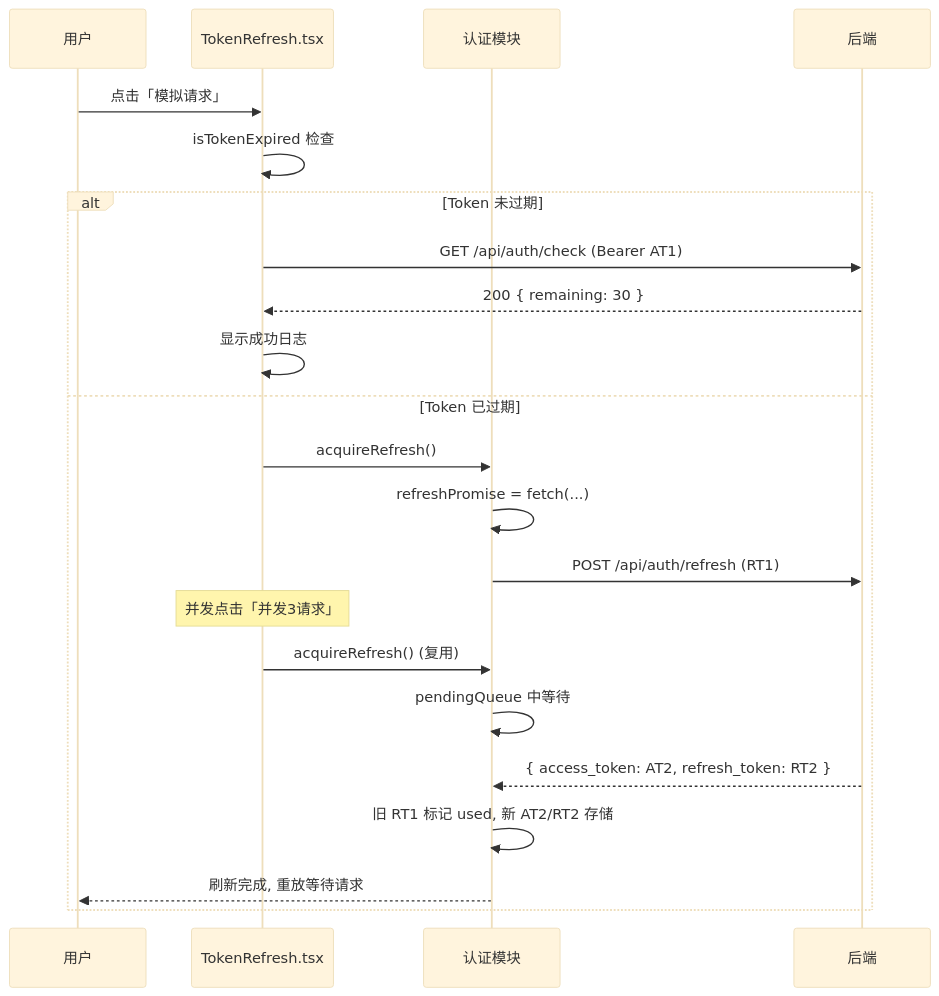
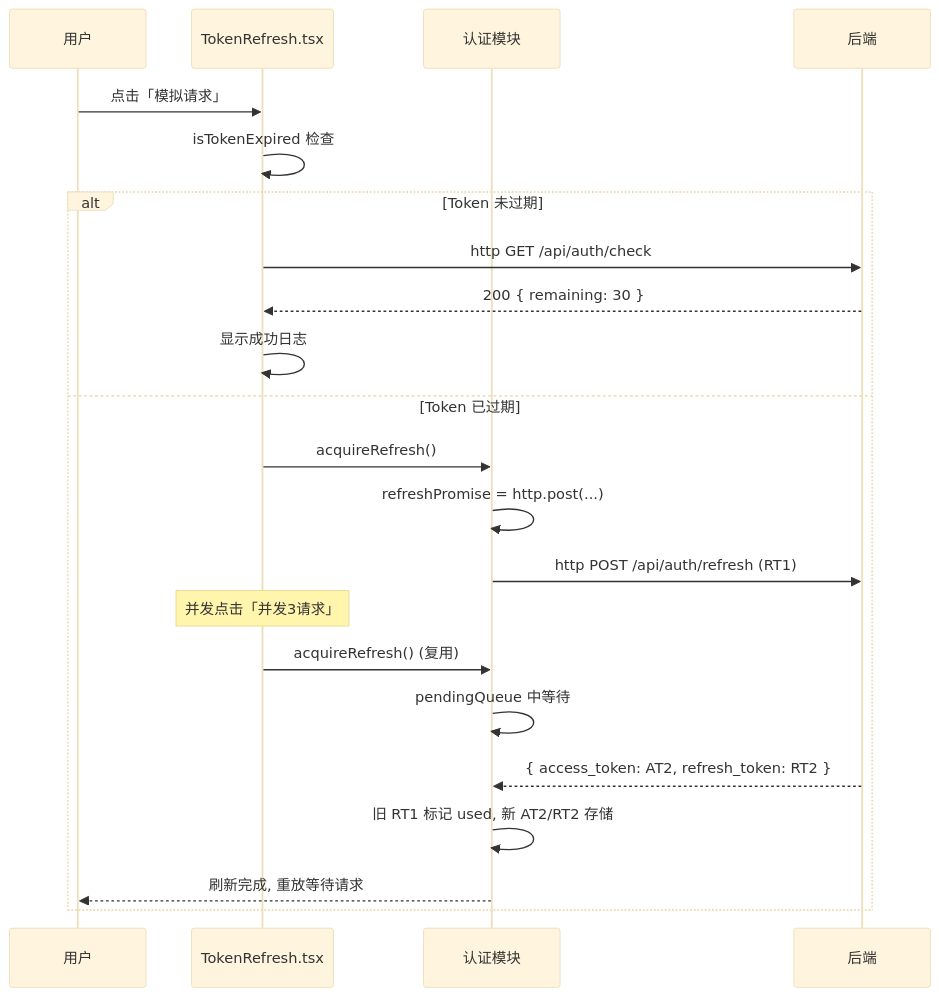
Before and after one commit to KMaybe01/interview-demo: diagram 17 of 46 in docs/面试亮点.md, drawn with Mermaid (base theme). The commit also changed other lines of this file and 42 other files, not shown here.

````diff
--- a/docs/面试亮点.md
+++ b/docs/面试亮点.md
@@ -1635,26 +1789,26 @@
 ```mermaid
 sequenceDiagram
     participant User as 用户
     participant Page as TokenRefresh.tsx
     participant Auth as 认证模块
     participant Server as 后端
 
     User->>Page: 点击「模拟请求」
     Page->>Page: isTokenExpired 检查
 
     alt Token 未过期
-        Page->>Server: GET /api/auth/check (Bearer AT1)
+        Page->>Server: http GET /api/auth/check
         Server-->>Page: 200 { remaining: 30 }
         Page->>Page: 显示成功日志
     else Token 已过期
         Page->>Auth: acquireRefresh()
-        Auth->>Auth: refreshPromise = fetch(...)
-        Auth->>Server: POST /api/auth/refresh (RT1)
+        Auth->>Auth: refreshPromise = http.post(...)
+        Auth->>Server: http POST /api/auth/refresh (RT1)
         Note over Page: 并发点击「并发3请求」
         Page->>Auth: acquireRefresh() (复用)
         Auth->>Auth: pendingQueue 中等待
         Server-->>Auth: { access_token: AT2, refresh_token: RT2 }
         Auth->>Auth: 旧 RT1 标记 used, 新 AT2/RT2 存储
         Auth-->>User: 刷新完成, 重放等待请求
     end
 ```
````
